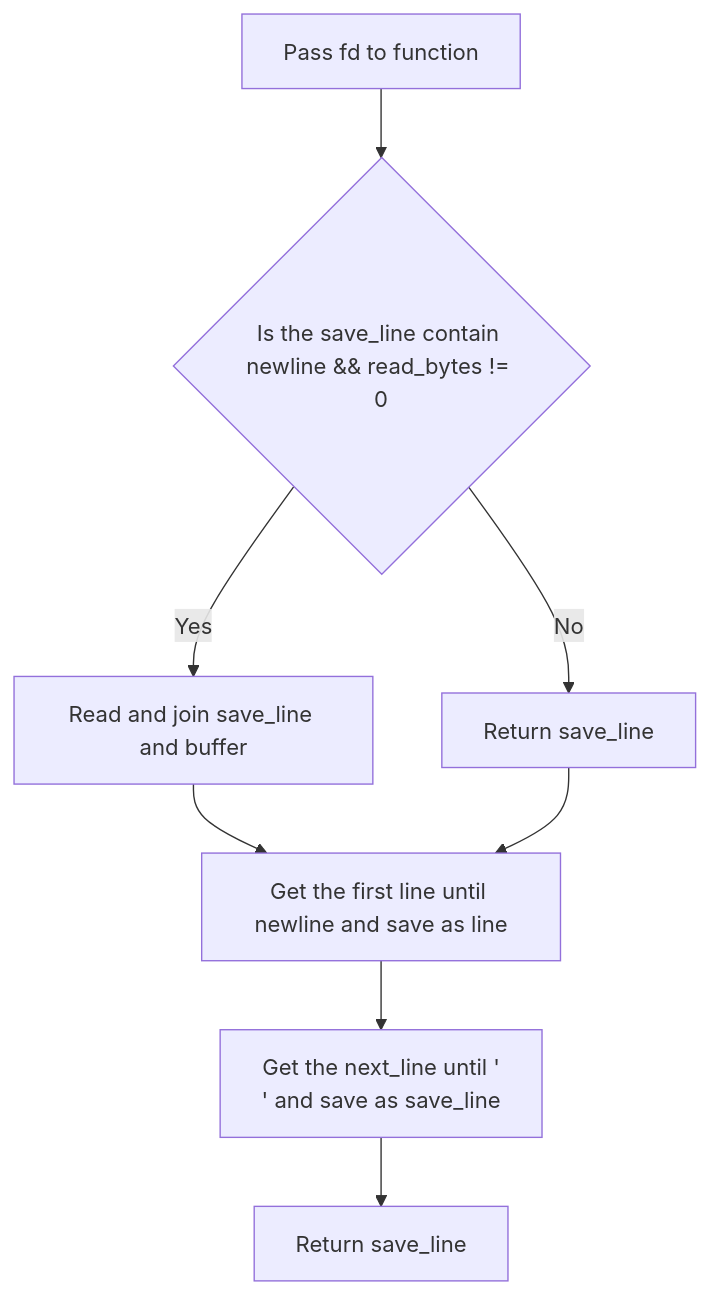
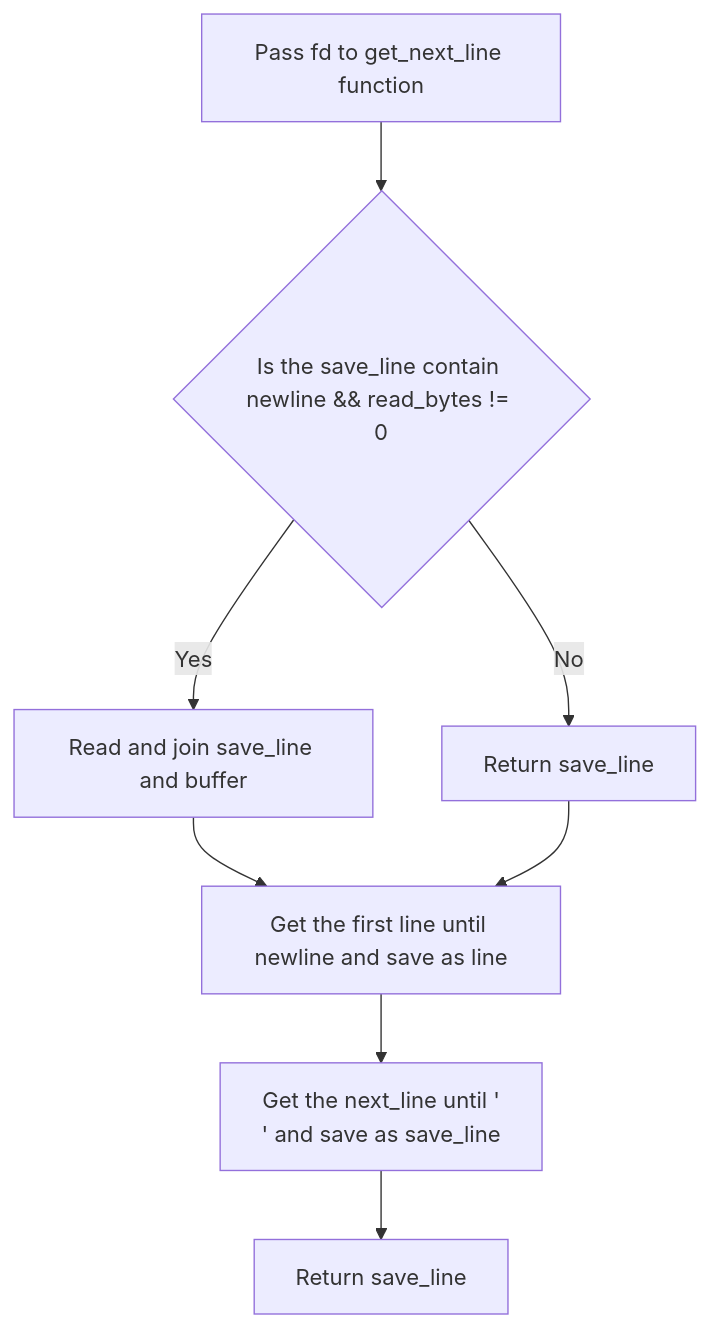
One commit to shawnteh1711/get_next-line changed the diagram in README.md. Above: the diagram before and after it, drawn with Mermaid.

````diff
--- a/README.md
+++ b/README.md
@@ -11,10 +11,10 @@
 ```mermaid
 flowchart TD
-   A[Pass fd to function] --> B{Is the save_line contain newline && read_bytes != 0};
+   A[Pass fd to get_next_line function] --> B{Is the save_line contain newline && read_bytes != 0};
    B -- Yes --> C[Read and join save_line and buffer];
    B -- No --> D[Return save_line];
    C --> E[Get the first line until newline and save as line];
    D --> E[Get the first line until newline and save as line];
    E --> F[Get the next_line until '\n' and save as save_line];
    F --> G[Return save_line];
 ```
````
